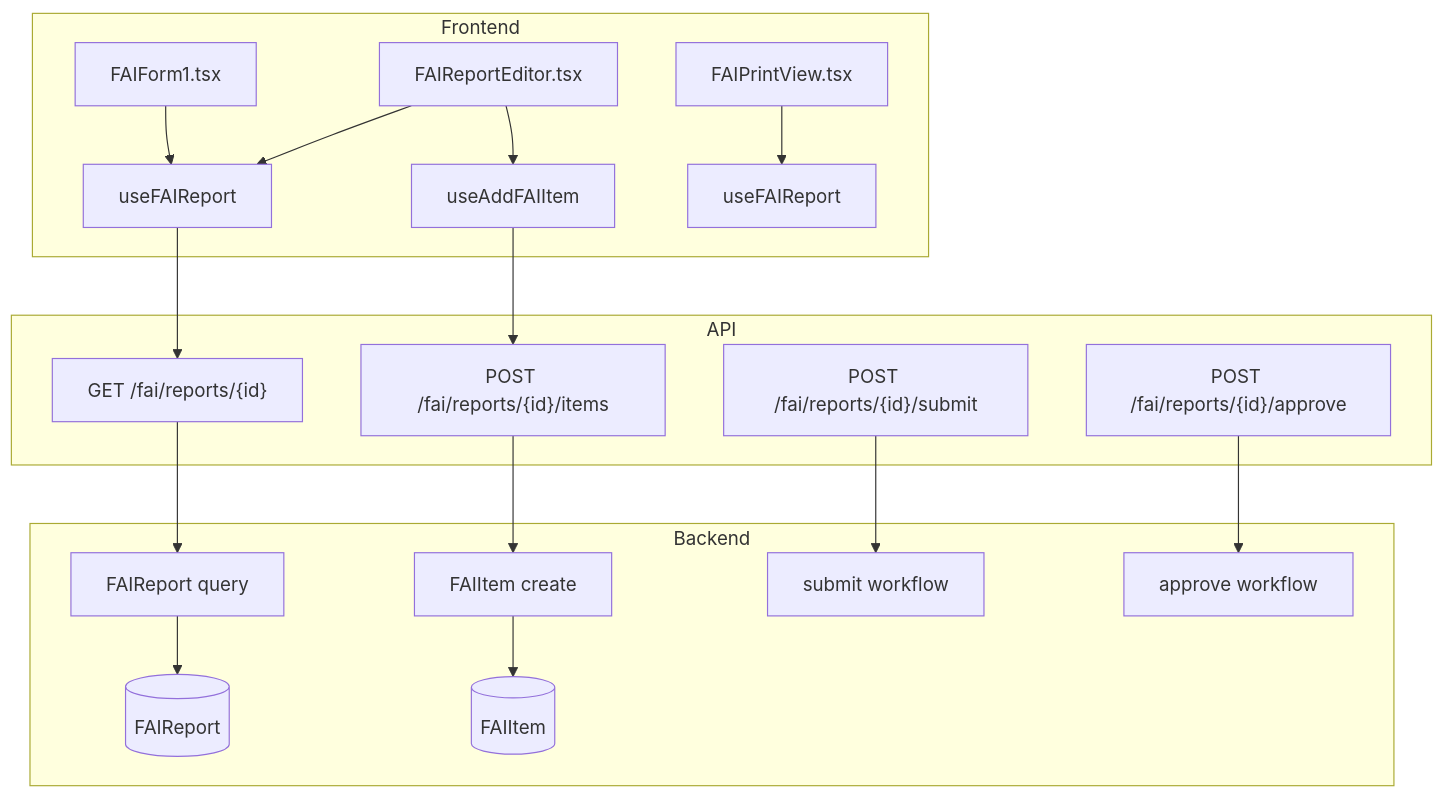
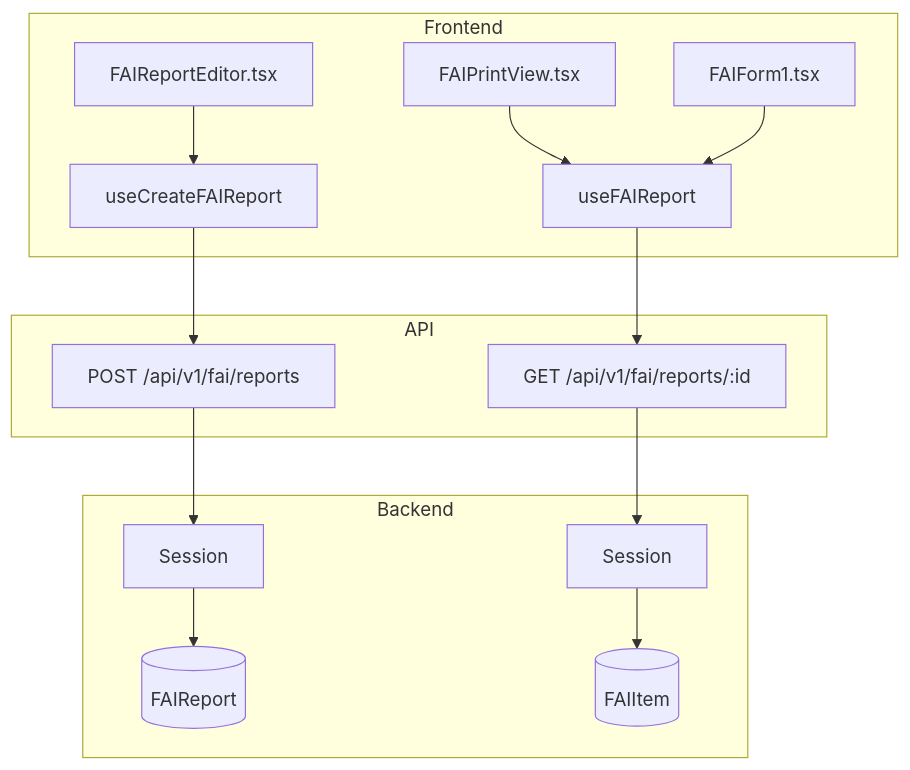
One commit to saturnis-io/cassini changed the first of 2 diagrams in .knowledge/features/fai.md. Above: the diagram before and after it, drawn with Mermaid. The commit also changed other lines of this file and 15 other files, not shown here.

Commit message:
knowledge-graph: regenerate

````diff
--- a/.knowledge/features/fai.md
+++ b/.knowledge/features/fai.md
@@ -5,23 +5,18 @@
 ```mermaid
 flowchart TD
     subgraph Frontend
-        C1[FAIReportEditor.tsx] --> H1[useFAIReport]
-        C1 --> H2[useAddFAIItem]
-        C2[FAIPrintView.tsx] --> H3[useFAIReport]
-        C3[FAIForm1.tsx] --> H1
+        C1[FAIReportEditor.tsx] --> H1[useCreateFAIReport]
+        C2[FAIPrintView.tsx] --> H2[useFAIReport]
+        C3[FAIForm1.tsx] --> H2
     end
     subgraph API
-        H1 --> E1["GET /fai/reports/{id}"]
-        H2 --> E2["POST /fai/reports/{id}/items"]
-        E3["POST /fai/reports/{id}/submit"]
-        E4["POST /fai/reports/{id}/approve"]
+        H1 --> E1[POST /api/v1/fai/reports]
+        H2 --> E2[GET /api/v1/fai/reports/:id]
     end
     subgraph Backend
-        E1 --> R1[FAIReport query]
-        E2 --> R2[FAIItem create]
-        E3 --> S1[submit workflow]
-        E4 --> S2[approve workflow]
+        E1 --> R1[Session]
         R1 --> M1[(FAIReport)]
+        E2 --> R2[Session]
         R2 --> M2[(FAIItem)]
     end
 ```
````
